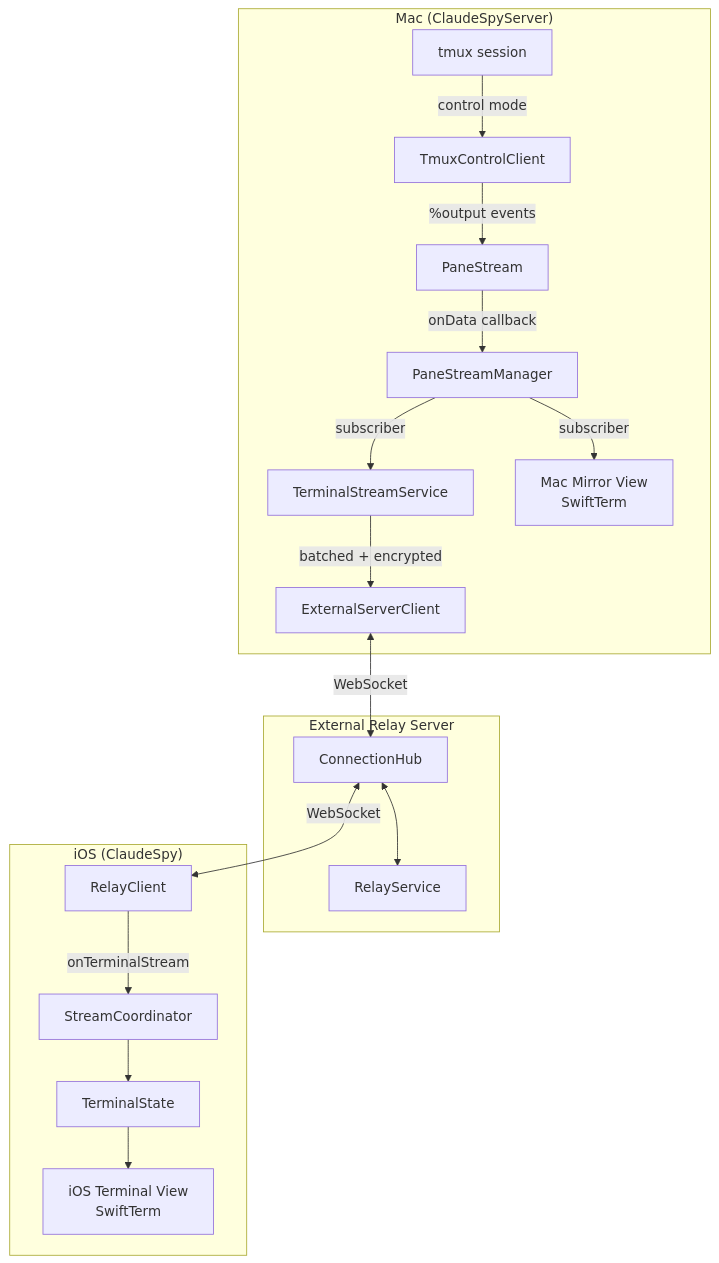
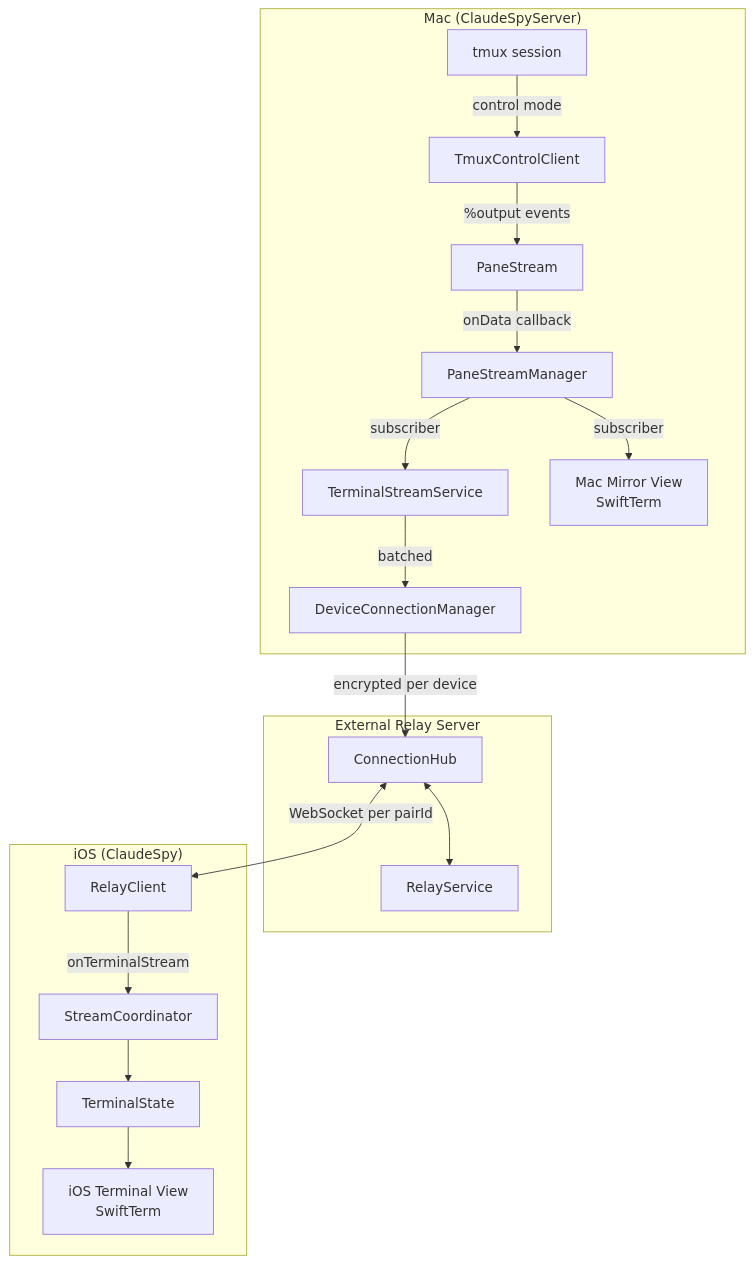
Before and after one commit to gpambrozio/Gallager: the first of 12 diagrams in docs/streaming-architecture.md, drawn with Mermaid. The commit also changed other lines of this file and 15 other files, not shown here.

````diff
--- a/docs/streaming-architecture.md
+++ b/docs/streaming-architecture.md
@@ -7,37 +7,37 @@
 ```mermaid
 graph TB
     subgraph Mac["Mac (ClaudeSpyServer)"]
         TMUX[tmux session]
         TCC[TmuxControlClient]
         PS[PaneStream]
         PSM[PaneStreamManager]
         TSS[TerminalStreamService]
-        ESC[ExternalServerClient]
+        DCM[DeviceConnectionManager]
         MV[Mac Mirror View<br/>SwiftTerm]
     end
 
     subgraph Server["External Relay Server"]
         CH[ConnectionHub]
         RS[RelayService]
     end
 
     subgraph iOS["iOS (ClaudeSpy)"]
         RC[RelayClient]
         SC[StreamCoordinator]
         TS[TerminalState]
         IV[iOS Terminal View<br/>SwiftTerm]
     end
 
     TMUX -->|control mode| TCC
     TCC -->|%output events| PS
     PS -->|onData callback| PSM
     PSM -->|subscriber| MV
     PSM -->|subscriber| TSS
-    TSS -->|batched + encrypted| ESC
-    ESC <-->|WebSocket| CH
+    TSS -->|batched| DCM
+    DCM -->|encrypted per device| CH
     CH <--> RS
-    CH <-->|WebSocket| RC
+    CH <-->|WebSocket per pairId| RC
     RC -->|onTerminalStream| SC
     SC --> TS
     TS --> IV
 ```
````
